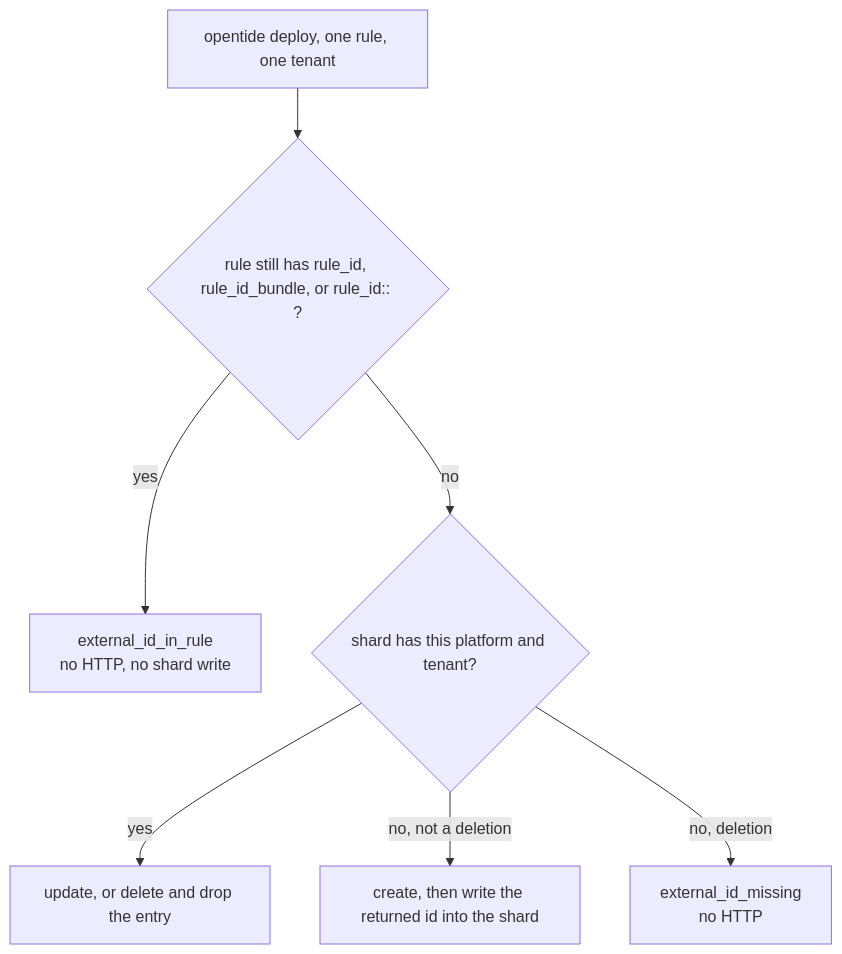
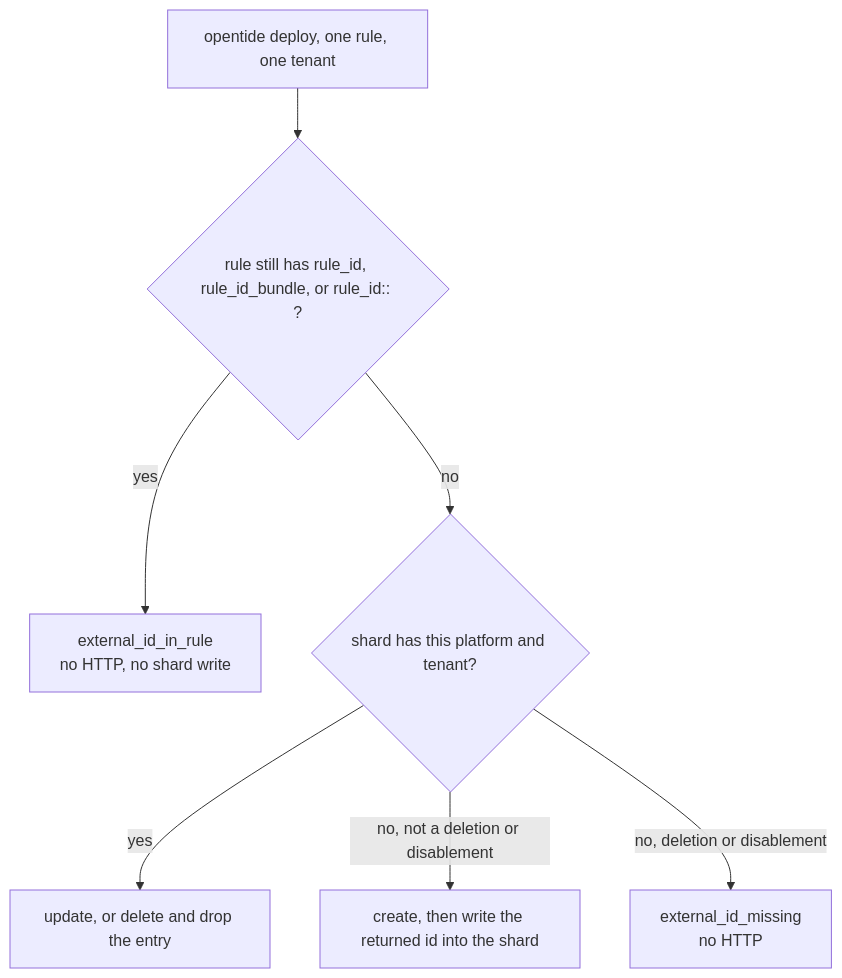
One commit to opentidehq/specifications changed the diagram in rfcs/0008-deployment-external-ids.md. Above: the diagram before and after it, drawn with Mermaid. The commit also changed other lines of this file, not shown here.

Commit message:
RFC 0008: fail closed on DISABLEMENT without a shard entry

````diff
--- a/rfcs/0008-deployment-external-ids.md
+++ b/rfcs/0008-deployment-external-ids.md
@@ -230,9 +230,9 @@
 ```mermaid
 flowchart TD
   start["opentide deploy, one rule, one tenant"] --> legacy{"rule still has rule_id, rule_id_bundle, or rule_id:: ?"}
   legacy -->|yes| stop["external_id_in_rule\nno HTTP, no shard write"]
   legacy -->|no| shard{"shard has this platform and tenant?"}
   shard -->|yes| upd["update, or delete and drop the entry"]
-  shard -->|no, not a deletion| create["create, then write the returned id into the shard"]
-  shard -->|no, deletion| missing["external_id_missing\nno HTTP"]
+  shard -->|no, not a deletion or disablement| create["create, then write the returned id into the shard"]
+  shard -->|no, deletion or disablement| missing["external_id_missing\nno HTTP"]
 ```
````
